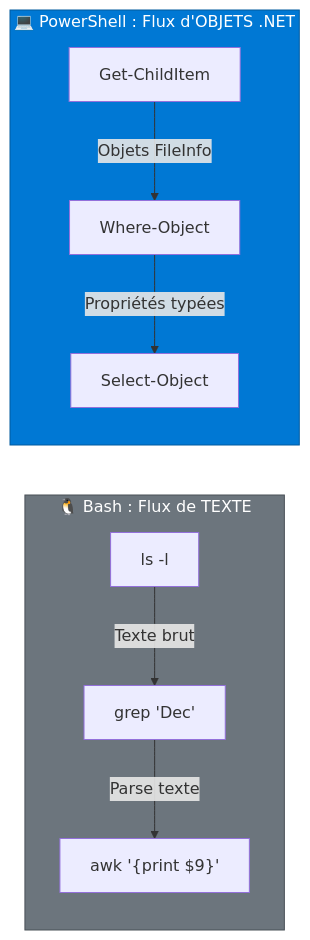
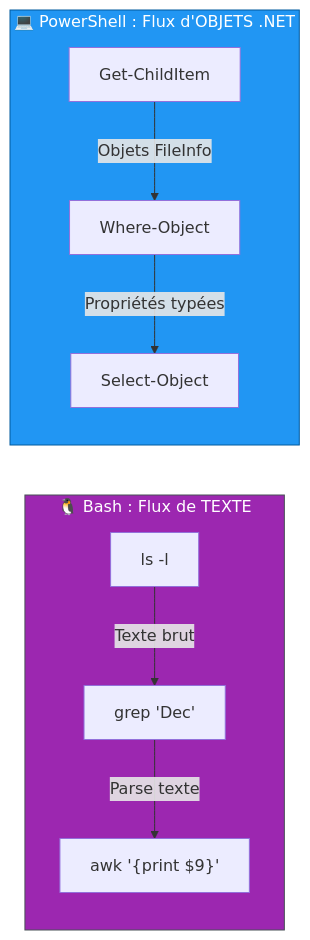
One commit to VBlackJack/ShellBook changed the third of 4 diagrams in docs/formations/windows-server/01-module.md. Above: the diagram before and after it, drawn with Mermaid. The commit also changed other lines of this file and 337 other files, not shown here.

First line of the commit message:
refactor(docs): Standardize code blocks and Mermaid colors

````diff
--- a/docs/formations/windows-server/01-module.md
+++ b/docs/formations/windows-server/01-module.md
@@ -221,13 +221,13 @@
 ```mermaid
 flowchart LR
     subgraph Bash ["🐧 Bash : Flux de TEXTE"]
         A1[ls -l] -->|Texte brut| A2[grep 'Dec'] -->|Parse texte| A3["awk '{print $9}'"]
     end
 
     subgraph PowerShell ["💻 PowerShell : Flux d'OBJETS .NET"]
         B1[Get-ChildItem] -->|Objets FileInfo| B2[Where-Object] -->|Propriétés typées| B3[Select-Object]
     end
 
-    style Bash fill:#6c757d,stroke:#495057,color:#fff
-    style PowerShell fill:#0078d4,stroke:#005a9e,color:#fff
+    style Bash fill:#9C27B0,stroke:#495057,color:#fff
+    style PowerShell fill:#2196F3,stroke:#005a9e,color:#fff
 ```
````
